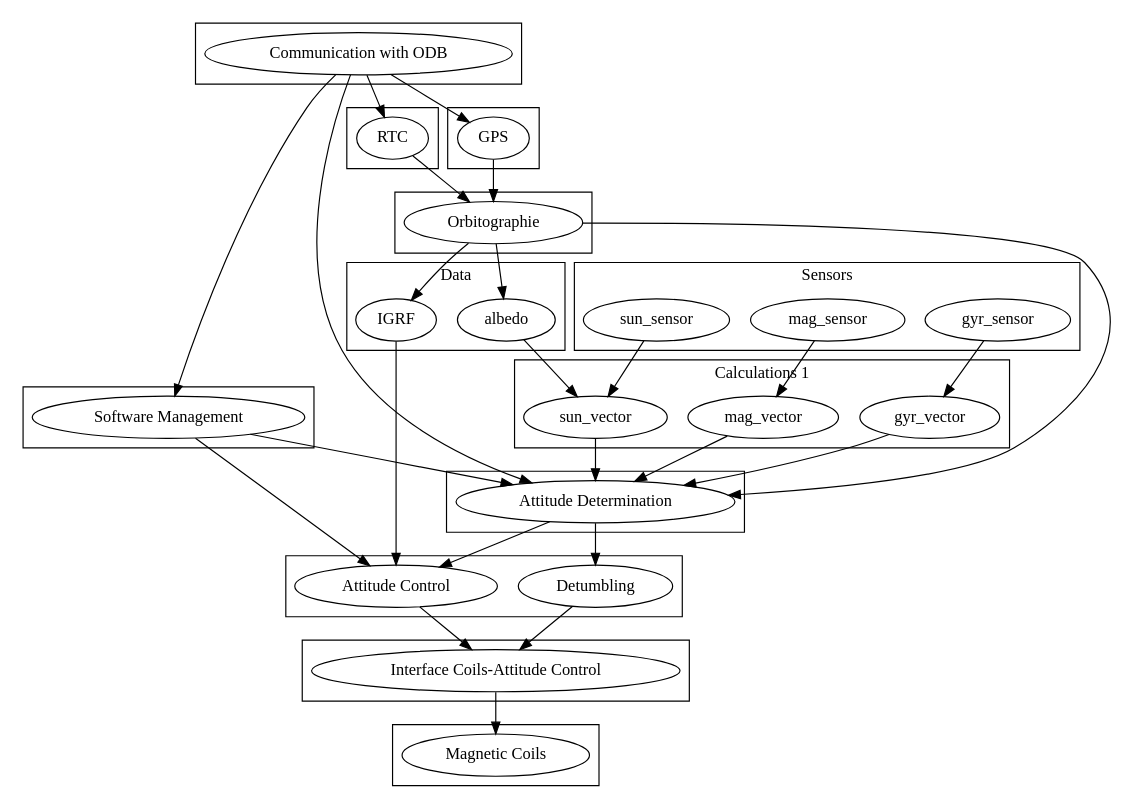
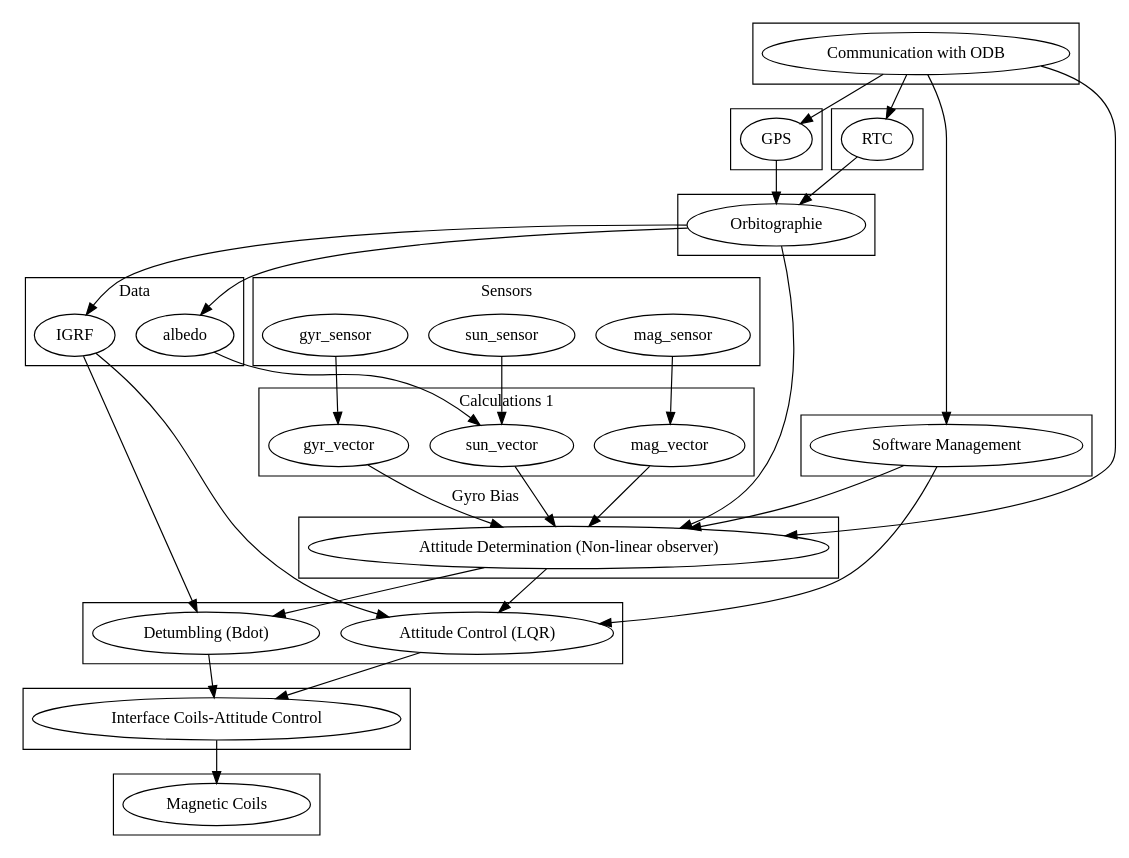
The diagram in Architecture/test.dot (dhruvparamhans/CubeSat), drawn with Graphviz before and after one commit. The commit also changed 7 other files, not shown here.

```diff
--- a/Architecture/test.dot
+++ b/Architecture/test.dot
@@ -1,116 +1,118 @@
 digraph class_structure{
 
 subgraph cluster_Communication{
 
 comm [label = "Communication with ODB"]; 
 }
 
 subgraph cluster_InterCoils{
 inter [label = "Interface Coils-Attitude Control"];
 }
 
 
 subgraph cluster_Orbitographie{
 
 orbito [label = "Orbitographie"];
 }
 
 subgraph cluster_RTC{
 
 rtc [label = "RTC"];
 }
 
 
 subgraph cluster_softmana{
 
 soft_man [label = "Software Management"];
 }
 
 
 subgraph cluster_GPS{
 GPS;
 }
 
 subgraph cluster_data{
 label = "Data";
 IGRF;
 albedo;
 }
 
 subgraph cluster_0{
 label= "Sensors";
 
 gyr_sensor; mag_sensor; sun_sensor; 
 }
 
 subgraph cluster_1{
 label = "Calculations 1";
 
 gyr_vector; mag_vector; sun_vector;
 }
 
 subgraph cluster_2{
-att_det [label ="Attitude Determination"];
+att_det [label ="Attitude Determination (Non-linear observer)"];
 }
 
 subgraph cluster_3{
-det [label = "Detumbling"];
-att_con [label = "Attitude Control"];
+det [label = "Detumbling (Bdot)"];
+att_con [label = "Attitude Control (LQR)"];
 }
 
 subgraph cluster_4{
 
 mag_coils [label = "Magnetic Coils"];
 }
 
 
 sun_sensor -> sun_vector;
 
 GPS -> orbito;
 
 albedo -> sun_vector; 
 
 gyr_sensor ->gyr_vector;
 
 mag_sensor -> mag_vector;
 
 mag_vector ->att_det; 
 
 sun_vector -> att_det;
 
-gyr_vector -> att_det
+gyr_vector -> att_det [label = "Gyro Bias"];
 
 orbito -> att_det;
 
 att_det -> det;
 
 IGRF -> att_con;
 
 orbito -> IGRF;
 
 comm -> GPS;
 
 comm -> att_det;
 
 att_det -> att_con;
 
 comm -> soft_man;
 
 soft_man -> att_det;
 
 soft_man -> att_con;
 
 rtc -> orbito;
 
 comm -> rtc;
 
 orbito -> albedo;
 
+IGRF-> det
+
 att_con -> inter;
 
 det -> inter; 
 
 inter -> mag_coils;
 
 
 }
```
